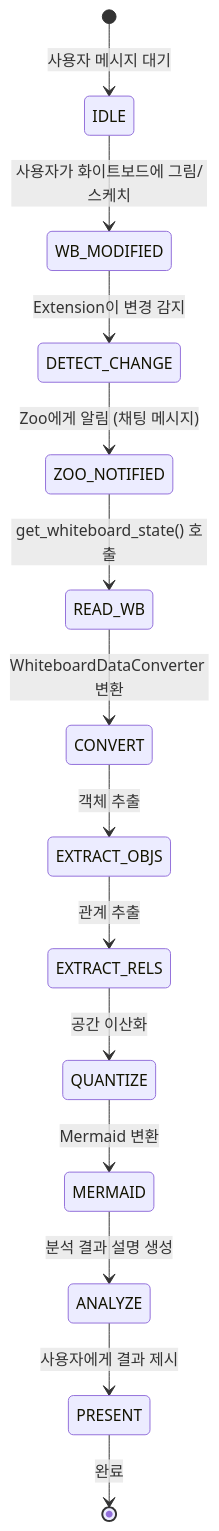
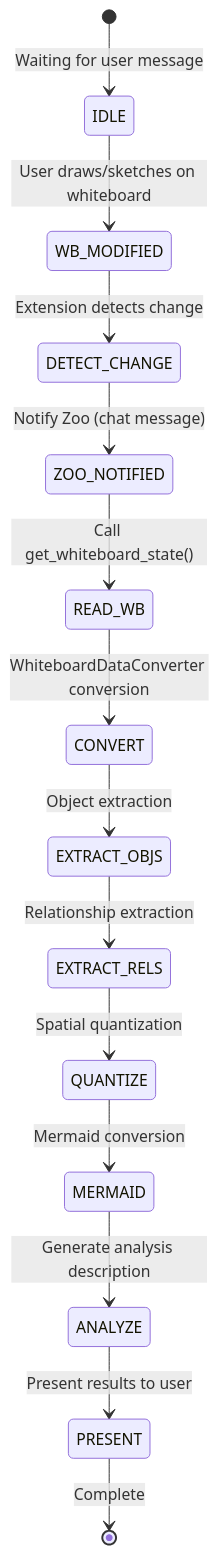
The fourth of 4 diagrams in plans/ux-workflow-design.md (myk1yt/VibeZoo), drawn with Mermaid before and after one commit. The commit also changed other lines of this file and 17 other files, not shown here.

````diff
--- a/plans/ux-workflow-design.md
+++ b/plans/ux-workflow-design.md
@@ -234,16 +234,16 @@
 ```mermaid
 stateDiagram-v2
-    [*] --> IDLE: 사용자 메시지 대기
-    IDLE --> WB_MODIFIED: 사용자가 화이트보드에 그림/스케치
-    WB_MODIFIED --> DETECT_CHANGE: Extension이 변경 감지
-    DETECT_CHANGE --> ZOO_NOTIFIED: Zoo에게 알림 (채팅 메시지)
-    ZOO_NOTIFIED --> READ_WB: get_whiteboard_state() 호출
-    READ_WB --> CONVERT: WhiteboardDataConverter 변환
-    CONVERT --> EXTRACT_OBJS: 객체 추출
-    EXTRACT_OBJS --> EXTRACT_RELS: 관계 추출
-    EXTRACT_RELS --> QUANTIZE: 공간 이산화
-    QUANTIZE --> MERMAID: Mermaid 변환
-    MERMAID --> ANALYZE: 분석 결과 설명 생성
-    ANALYZE --> PRESENT: 사용자에게 결과 제시
-    PRESENT --> [*]: 완료
+    [*] --> IDLE: Waiting for user message
+    IDLE --> WB_MODIFIED: User draws/sketches on whiteboard
+    WB_MODIFIED --> DETECT_CHANGE: Extension detects change
+    DETECT_CHANGE --> ZOO_NOTIFIED: Notify Zoo (chat message)
+    ZOO_NOTIFIED --> READ_WB: Call get_whiteboard_state()
+    READ_WB --> CONVERT: WhiteboardDataConverter conversion
+    CONVERT --> EXTRACT_OBJS: Object extraction
+    EXTRACT_OBJS --> EXTRACT_RELS: Relationship extraction
+    EXTRACT_RELS --> QUANTIZE: Spatial quantization
+    QUANTIZE --> MERMAID: Mermaid conversion
+    MERMAID --> ANALYZE: Generate analysis description
+    ANALYZE --> PRESENT: Present results to user
+    PRESENT --> [*]: Complete
 ```
````
